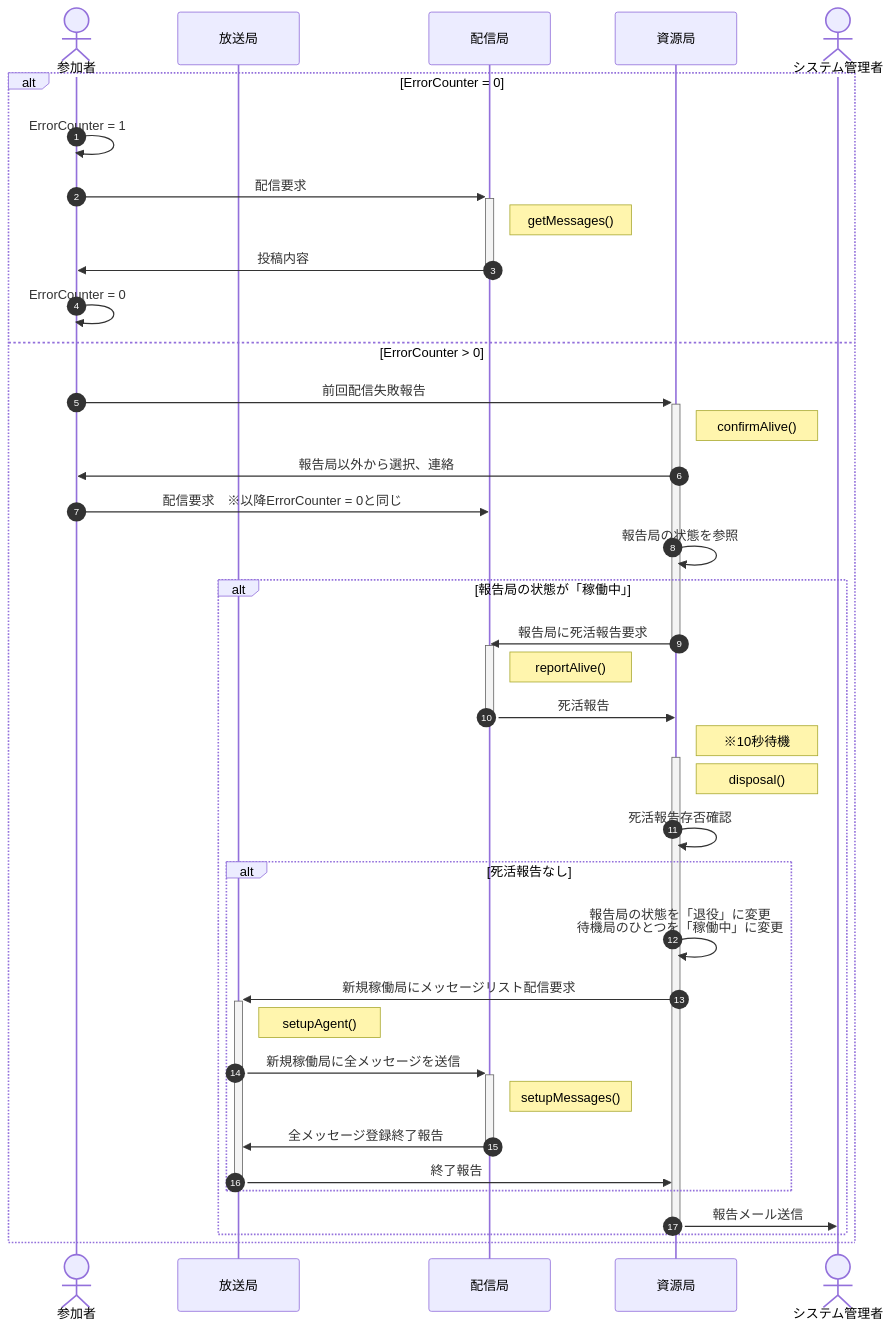
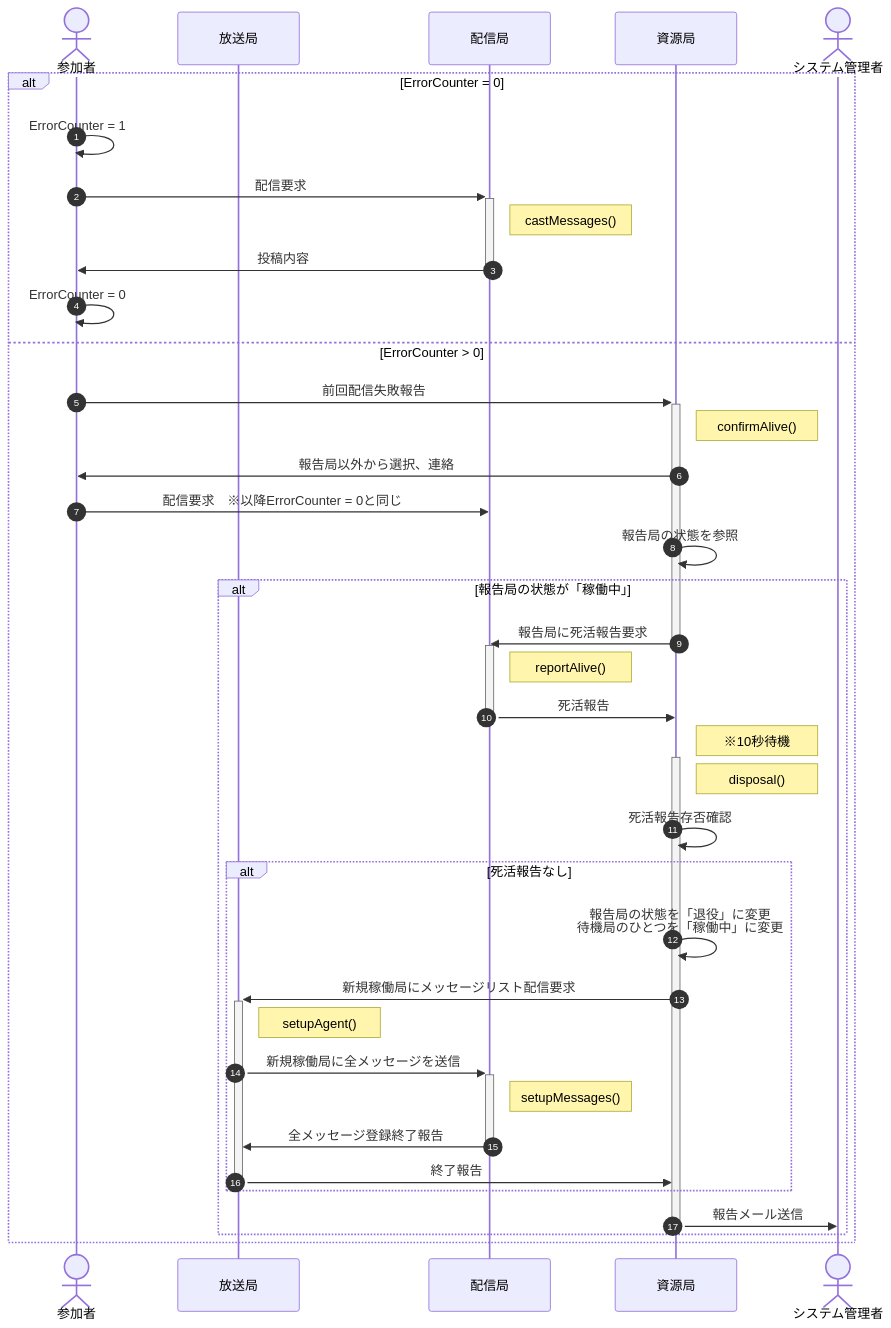
The sixth of 7 diagrams in doc/server.md (nakaone/EventStaff), drawn with Mermaid before and after one commit. The commit also changed 2 other files, not shown here.

Commit message:
「お知らせ」の表示(途中)

````diff
--- a/doc/server.md
+++ b/doc/server.md
@@ -247,47 +247,47 @@
 ```mermaid
 sequenceDiagram
   autonumber
   actor guest as 参加者
   participant broad as 放送局
   participant agent as 配信局
   participant agency as 資源局
   actor admin as システム管理者
 
   alt ErrorCounter = 0
     guest ->> guest : ErrorCounter = 1
     guest ->>+ agent : 配信要求
-    Note right of agent : getMessages()
+    Note right of agent : castMessages()
     agent ->>- guest : 投稿内容
     guest ->> guest : ErrorCounter = 0
 
   else ErrorCounter > 0
     guest ->>+ agency : 前回配信失敗報告
     Note right of agency : confirmAlive()
     agency ->> guest : 報告局以外から選択、連絡
     guest ->> agent : 配信要求　※以降ErrorCounter = 0と同じ
 
     agency ->> agency : 報告局の状態を参照
     alt 報告局の状態が「稼働中」
       agency ->>- agent : 報告局に死活報告要求
       activate agent
       Note right of agent : reportAlive()
       agent ->> agency : 死活報告
       deactivate agent
       Note right of agency : ※10秒待機
       activate agency
       Note right of agency : disposal()
       agency ->> agency : 死活報告存否確認
       alt 死活報告なし
         agency ->> agency : 報告局の状態を「退役」に変更<br>待機局のひとつを「稼働中」に変更
         agency ->>+ broad : 新規稼働局にメッセージリスト配信要求
         Note right of broad : setupAgent()
         broad ->>+ agent : 新規稼働局に全メッセージを送信
         Note right of agent : setupMessages()
         agent ->>- broad : 全メッセージ登録終了報告
         broad ->>- agency : 終了報告
       end
       agency ->> admin : 報告メール送信
       deactivate agency
     end
   end
 ```
````
